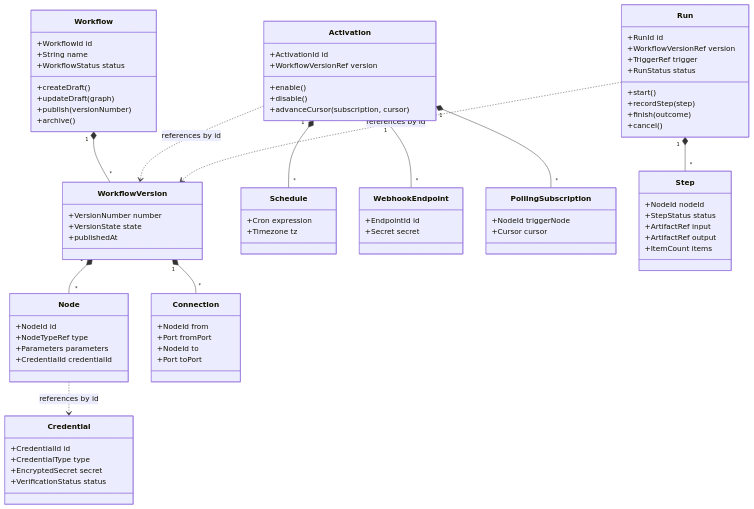
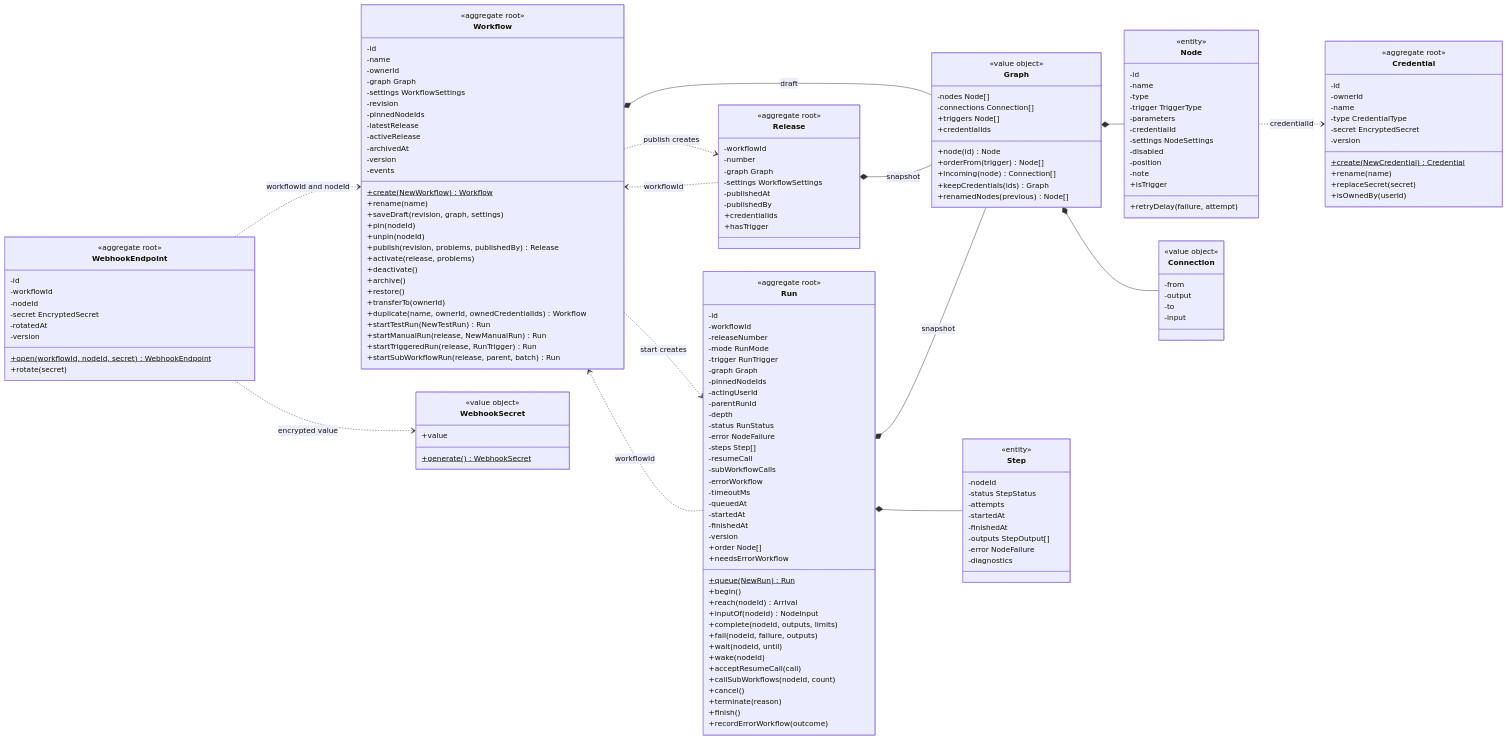
Before and after one commit to AidXylelele/tenon: the second of 3 diagrams in docs/architecture/01-domain.md, drawn with Mermaid. The commit also changed other lines of this file and 2 other files, not shown here.

Commit message:
docs(automation): redesign the domain model around node-owned data contracts
Connections carry untyped items, and the contract belongs to the node that
receives them: its type's parameter definitions and the user's bindings,
checked per item when the node runs. FR-007 now separates three kinds of
problems: a malformed graph is refused on save, node configuration
problems block publishing, test runs and activation, and graph hints are
left to the editor.

The domain keeps five aggregates: Workflow, Release, Run, Credential and
WebhookEndpoint. The published copy of a draft is now called a release,
and the active release is a field of Workflow. The data model names the
owner of every rule, the checks of each layer and the split of run
execution across layers.

````diff
--- a/docs/architecture/01-domain.md
+++ b/docs/architecture/01-domain.md
@@ -66,81 +75,173 @@
 ```mermaid
 classDiagram
+  direction LR
   class Workflow {
-    +WorkflowId id
-    +String name
-    +WorkflowStatus status
-    +createDraft()
-    +updateDraft(graph)
-    +publish(versionNumber)
+    <<aggregate root>>
+    -id
+    -name
+    -ownerId
+    -graph Graph
+    -settings WorkflowSettings
+    -revision
+    -pinnedNodeIds
+    -latestRelease
+    -activeRelease
+    -archivedAt
+    -version
+    -events
+    +create(NewWorkflow)$ Workflow
+    +rename(name)
+    +saveDraft(revision, graph, settings)
+    +pin(nodeId)
+    +unpin(nodeId)
+    +publish(revision, problems, publishedBy) Release
+    +activate(release, problems)
+    +deactivate()
     +archive()
+    +restore()
+    +transferTo(ownerId)
+    +duplicate(name, ownerId, ownedCredentialIds) Workflow
+    +startTestRun(NewTestRun) Run
+    +startManualRun(release, NewManualRun) Run
+    +startTriggeredRun(release, RunTrigger) Run
+    +startSubWorkflowRun(release, parent, batch) Run
   }
-  class WorkflowVersion {
-    +VersionNumber number
-    +VersionState state
-    +publishedAt
+  class Release {
+    <<aggregate root>>
+    -workflowId
+    -number
+    -graph Graph
+    -settings WorkflowSettings
+    -publishedAt
+    -publishedBy
+    +credentialIds
+    +hasTrigger
+  }
+  class Graph {
+    <<value object>>
+    -nodes Node[]
+    -connections Connection[]
+    +node(id) Node
+    +triggers Node[]
+    +credentialIds
+    +orderFrom(trigger) Node[]
+    +incoming(node) Connection[]
+    +keepCredentials(ids) Graph
+    +renamedNodes(previous) Node[]
   }
   class Node {
-    +NodeId id
-    +NodeTypeRef type
-    +Parameters parameters
-    +CredentialId credentialId
+    <<entity>>
+    -id
+    -name
+    -type
+    -trigger TriggerType
+    -parameters
+    -credentialId
+    -settings NodeSettings
+    -disabled
+    -position
+    -note
+    +isTrigger
+    +retryDelay(failure, attempt)
   }
   class Connection {
-    +NodeId from
-    +Port fromPort
-    +NodeId to
-    +Port toPort
+    <<value object>>
+    -from
+    -output
+    -to
+    -input
+  }
+  class Run {
+    <<aggregate root>>
+    -id
+    -workflowId
+    -releaseNumber
+    -mode RunMode
+    -trigger RunTrigger
+    -graph Graph
+    -pinnedNodeIds
+    -actingUserId
+    -parentRunId
+    -depth
+    -status RunStatus
+    -error NodeFailure
+    -steps Step[]
+    -resumeCall
+    -subWorkflowCalls
+    -errorWorkflow
+    -timeoutMs
+    -queuedAt
+    -startedAt
+    -finishedAt
+    -version
+    +queue(NewRun)$ Run
+    +begin()
+    +order Node[]
+    +reach(nodeId) Arrival
+    +inputOf(nodeId) NodeInput
+    +complete(nodeId, outputs, limits)
+    +fail(nodeId, failure, outputs)
+    +wait(nodeId, until)
+    +wake(nodeId)
+    +acceptResumeCall(call)
+    +callSubWorkflows(nodeId, count)
+    +cancel()
+    +terminate(reason)
+    +finish()
+    +needsErrorWorkflow
+    +recordErrorWorkflow(outcome)
+  }
+  class Step {
+    <<entity>>
+    -nodeId
+    -status StepStatus
+    -attempts
+    -startedAt
+    -finishedAt
+    -outputs StepOutput[]
+    -error NodeFailure
+    -diagnostics
   }
   class Credential {
-    +CredentialId id
-    +CredentialType type
-    +EncryptedSecret secret
-    +VerificationStatus status
-  }
-  class Activation {
-    +ActivationId id
-    +WorkflowVersionRef version
-    +enable()
-    +disable()
-    +advanceCursor(subscription, cursor)
-  }
-  class Schedule {
-    +Cron expression
-    +Timezone tz
+    <<aggregate root>>
+    -id
+    -ownerId
+    -name
+    -type CredentialType
+    -secret EncryptedSecret
+    -version
+    +create(NewCredential)$ Credential
+    +rename(name)
+    +replaceSecret(secret)
+    +isOwnedBy(userId)
   }
   class WebhookEndpoint {
-    +EndpointId id
-    +Secret secret
+    <<aggregate root>>
+    -id
+    -workflowId
+    -nodeId
+    -secret EncryptedSecret
+    -rotatedAt
+    -version
+    +open(workflowId, nodeId, secret)$ WebhookEndpoint
+    +rotate(secret)
   }
-  class PollingSubscription {
-    +NodeId triggerNode
-    +Cursor cursor
+  class WebhookSecret {
+    <<value object>>
+    +generate()$ WebhookSecret
+    +value
   }
-  class Run {
-    +RunId id
-    +WorkflowVersionRef version
-    +TriggerRef trigger
-    +RunStatus status
-    +start()
-    +recordStep(step)
-    +finish(outcome)
-    +cancel()
-  }
-  class Step {
-    +NodeId nodeId
-    +StepStatus status
-    +ArtifactRef input
-    +ArtifactRef output
-    +ItemCount items
-  }
-  Workflow "1" *-- "*" WorkflowVersion
-  WorkflowVersion "1" *-- "*" Node
-  WorkflowVersion "1" *-- "*" Connection
-  Node ..> Credential : references by id
-  Activation ..> WorkflowVersion : references by id
-  Activation "1" *-- "*" Schedule
-  Activation "1" *-- "*" WebhookEndpoint
-  Activation "1" *-- "*" PollingSubscription
-  Run ..> WorkflowVersion : references by id
-  Run "1" *-- "*" Step
+  Workflow *-- Graph : draft
+  Release *-- Graph : snapshot
+  Run *-- Graph : snapshot
+  Graph *-- Node
+  Graph *-- Connection
+  Run *-- Step
+  Workflow ..> Release : publish creates
+  Workflow ..> Run : start creates
+  Run ..> Workflow : workflowId
+  Release ..> Workflow : workflowId
+  Node ..> Credential : credentialId
+  WebhookEndpoint ..> Workflow : workflowId and nodeId
+  WebhookEndpoint ..> WebhookSecret : encrypted value
 ```
````
